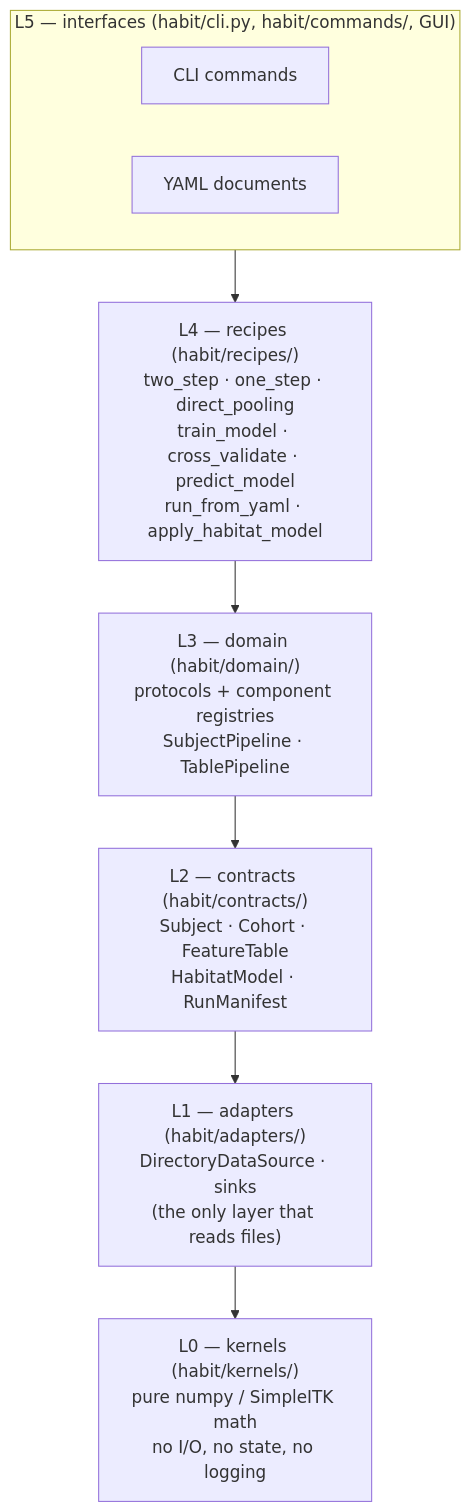
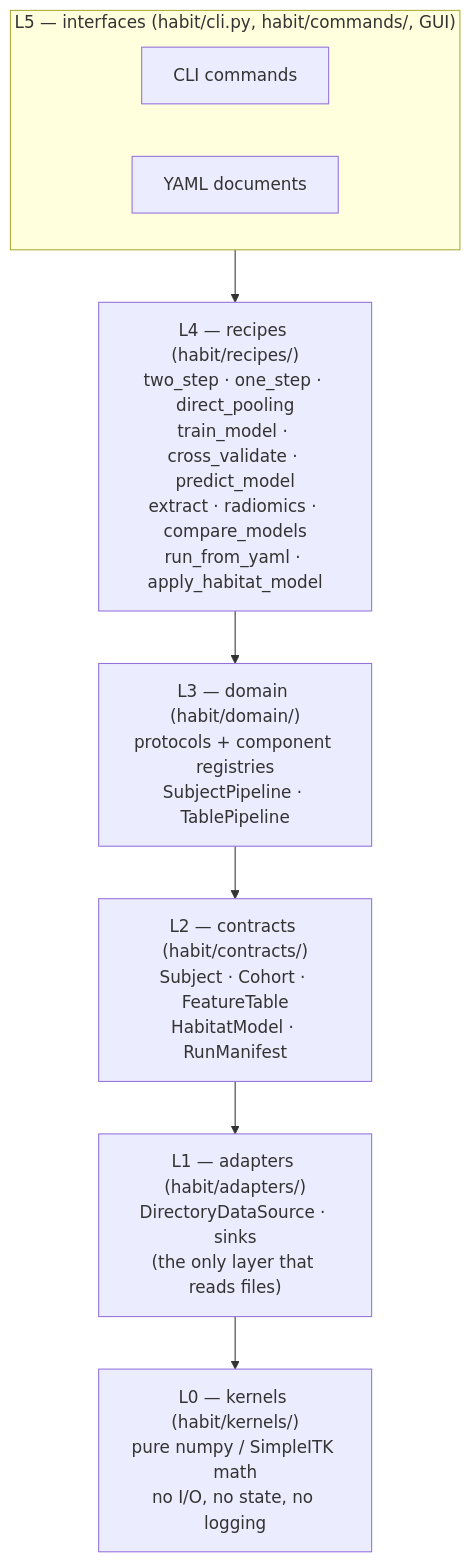
The first of 3 diagrams in docs/source/development/architecture.rst (lichao312214129/HABIT), drawn with Mermaid before and after one commit. The commit also changed other lines of this file and 20 other files, not shown here.

First line of the commit message:
feat: migrate habit compare to v1 recipes and sync ML docs

```diff
--- a/docs/source/development/architecture.rst
+++ b/docs/source/development/architecture.rst
@@ -29,18 +29,18 @@
 .. mermaid::
 
    flowchart TD
      subgraph L5["L5 — interfaces (habit/cli.py, habit/commands/, GUI)"]
        CLI["CLI commands"]
        YAML["YAML documents"]
      end
-     L4["L4 — recipes (habit/recipes/)<br/>two_step · one_step · direct_pooling<br/>train_model · cross_validate · predict_model<br/>run_from_yaml · apply_habitat_model"]
+     L4["L4 — recipes (habit/recipes/)<br/>two_step · one_step · direct_pooling<br/>train_model · cross_validate · predict_model<br/>extract · radiomics · compare_models<br/>run_from_yaml · apply_habitat_model"]
      L3["L3 — domain (habit/domain/)<br/>protocols + component registries<br/>SubjectPipeline · TablePipeline"]
      L2["L2 — contracts (habit/contracts/)<br/>Subject · Cohort · FeatureTable<br/>HabitatModel · RunManifest"]
      L1["L1 — adapters (habit/adapters/)<br/>DirectoryDataSource · sinks<br/>(the only layer that reads files)"]
      L0["L0 — kernels (habit/kernels/)<br/>pure numpy / SimpleITK math<br/>no I/O, no state, no logging"]
 
      L5 --> L4
      L4 --> L3
      L3 --> L2
      L2 --> L1
      L1 --> L0
```
